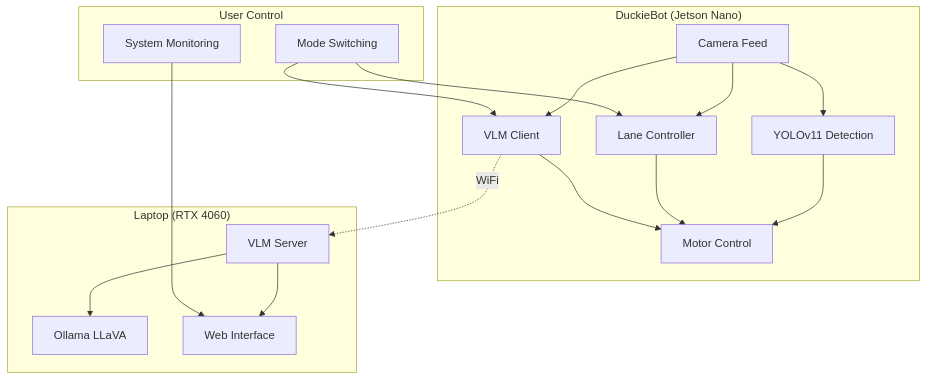
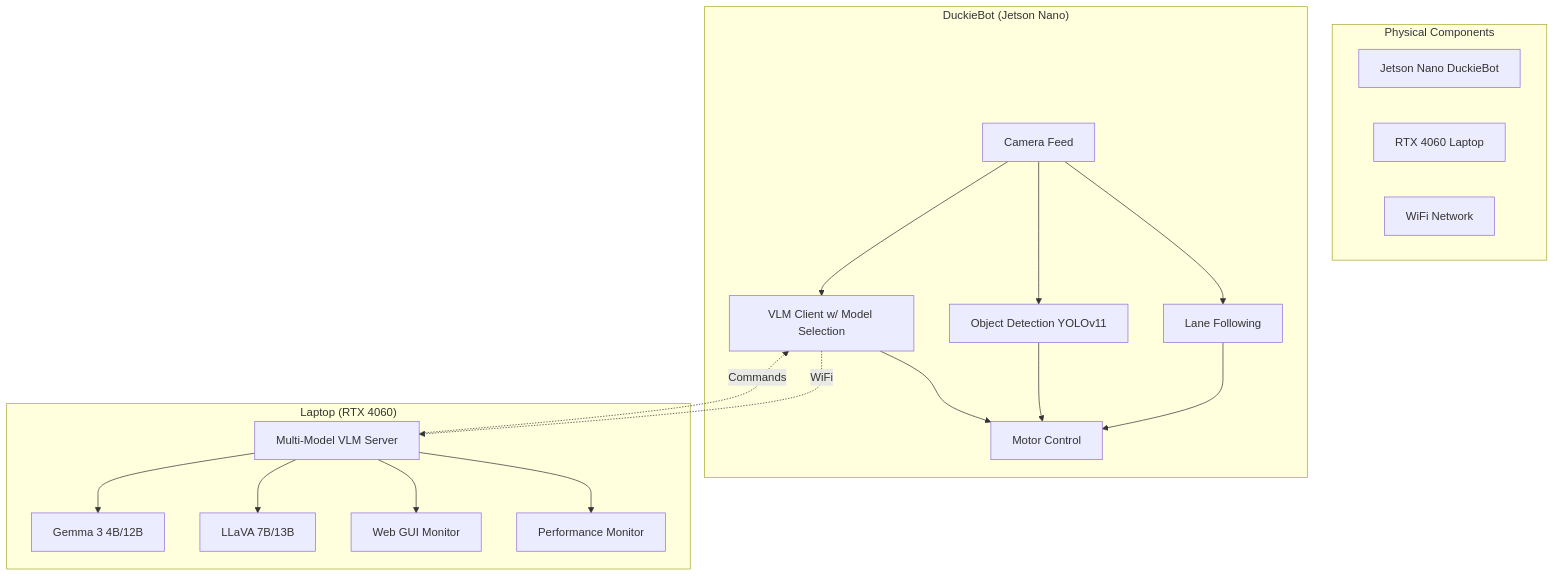
The diagram in README.md (SupratikPatel/AutoDuck), drawn with Mermaid before and after one commit. The commit also changed other lines of this file and 1 other file, not shown here.

````diff
--- a/README.md
+++ b/README.md
@@ -24,37 +37,37 @@
 ```mermaid
 graph TB
+    subgraph "Physical Components"
+        J[Jetson Nano DuckieBot]
+        L[RTX 4060 Laptop]
+        W[WiFi Network]
+    end
+    
     subgraph "DuckieBot (Jetson Nano)"
-        CAM[Camera Feed]
-        YOLO[YOLOv11 Detection]
-        LANE[Lane Controller]
-        VLM_C[VLM Client]
-        MOTOR[Motor Control]
+        C[Camera Feed]
+        LF[Lane Following]
+        OD[Object Detection YOLOv11]
+        MC[Motor Control]
+        VCC[VLM Client w/ Model Selection]
     end
     
     subgraph "Laptop (RTX 4060)"
-        VLM_S[VLM Server]
-        OLLAMA[Ollama LLaVA]
-        GUI[Web Interface]
+        VS[Multi-Model VLM Server]
+        G3[Gemma 3 4B/12B]
+        LV[LLaVA 7B/13B]
+        GUI[Web GUI Monitor]
+        PERF[Performance Monitor]
     end
     
-    subgraph "User Control"
-        MODE[Mode Switching]
-        MONITOR[System Monitoring]
-    end
-    
-    CAM --> YOLO
-    CAM --> LANE  
-    CAM --> VLM_C
-    
-    YOLO --> MOTOR
-    LANE --> MOTOR
-    VLM_C --> MOTOR
-    
-    VLM_C -.->|WiFi| VLM_S
-    VLM_S --> OLLAMA
-    VLM_S --> GUI
-    
-    MODE --> LANE
-    MODE --> VLM_C
-    MONITOR --> GUI
+    C --> LF
+    C --> OD
+    C --> VCC
+    LF --> MC
+    OD --> MC
+    VCC -.->|WiFi| VS
+    VS --> G3
+    VS --> LV
+    VS --> GUI
+    VS --> PERF
+    VS -.->|Commands| VCC
+    VCC --> MC
 ```
````
